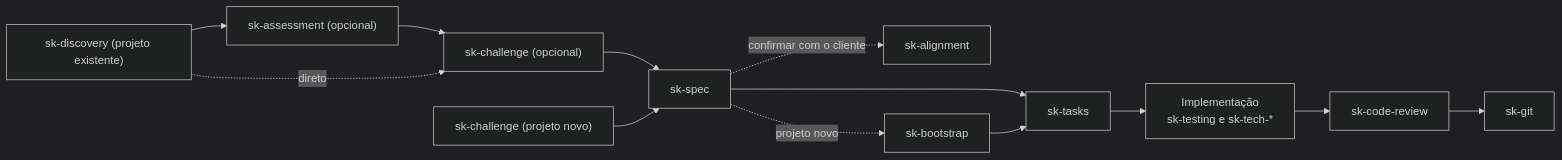
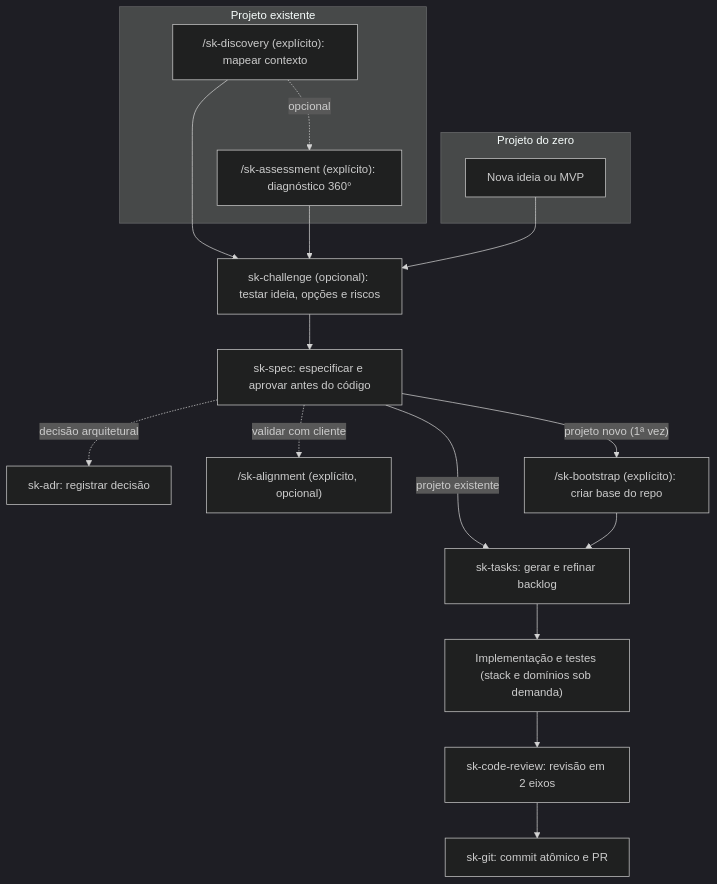
The diagram in README.md (heliomarpm/skills), drawn with Mermaid (dark theme) before and after one commit. The commit also changed other lines of this file and 1 other file, not shown here.

First line of the commit message:
docs(repo): reorganizar README nos 5 pilares com fluxo direcionado e atualizar guia SDD

````diff
--- a/README.md
+++ b/README.md
@@ -93,13 +107,26 @@
 ```mermaid
-flowchart LR
-  D["sk-discovery (projeto existente)"] --> AS["sk-assessment (opcional)"] --> CO["sk-challenge (opcional)"] --> S["sk-spec"]
-  D -.->|direto| CO
-  C["sk-challenge (projeto novo)"] --> S
-  S -.->|confirmar com o cliente| A["sk-alignment"]
-  S -.->|projeto novo| B["sk-bootstrap"]
-  S --> T["sk-tasks"]
-  B --> T
-  T --> I["Implementação<br/>sk-testing e sk-tech-*"]
-  I --> R["sk-code-review"]
-  R --> G["sk-git"]
+flowchart TD
+  subgraph EXIST["Projeto existente"]
+    E1["/sk-discovery (explícito): mapear contexto"] -.->|"opcional"| E2["/sk-assessment (explícito): diagnóstico 360°"]
+  end
+
+  subgraph NOVO["Projeto do zero"]
+    N1["Nova ideia ou MVP"]
+  end
+
+  E1 --> CH["sk-challenge (opcional): testar ideia, opções e riscos"]
+  E2 --> CH
+  N1 --> CH
+
+  CH --> S["sk-spec: especificar e aprovar antes do código"]
+
+  S -.->|"decisão arquitetural"| ADR["sk-adr: registrar decisão"]
+  S -.->|"validar com cliente"| AL["/sk-alignment (explícito, opcional)"]
+  S -->|"projeto novo (1ª vez)"| BOOT["/sk-bootstrap (explícito): criar base do repo"]
+  S -->|"projeto existente"| T["sk-tasks: gerar e refinar backlog"]
+  BOOT --> T
+
+  T --> IMP["Implementação e testes (stack e domínios sob demanda)"]
+  IMP --> REV["sk-code-review: revisão em 2 eixos"]
+  REV --> GIT["sk-git: commit atômico e PR"]
 ```
````
